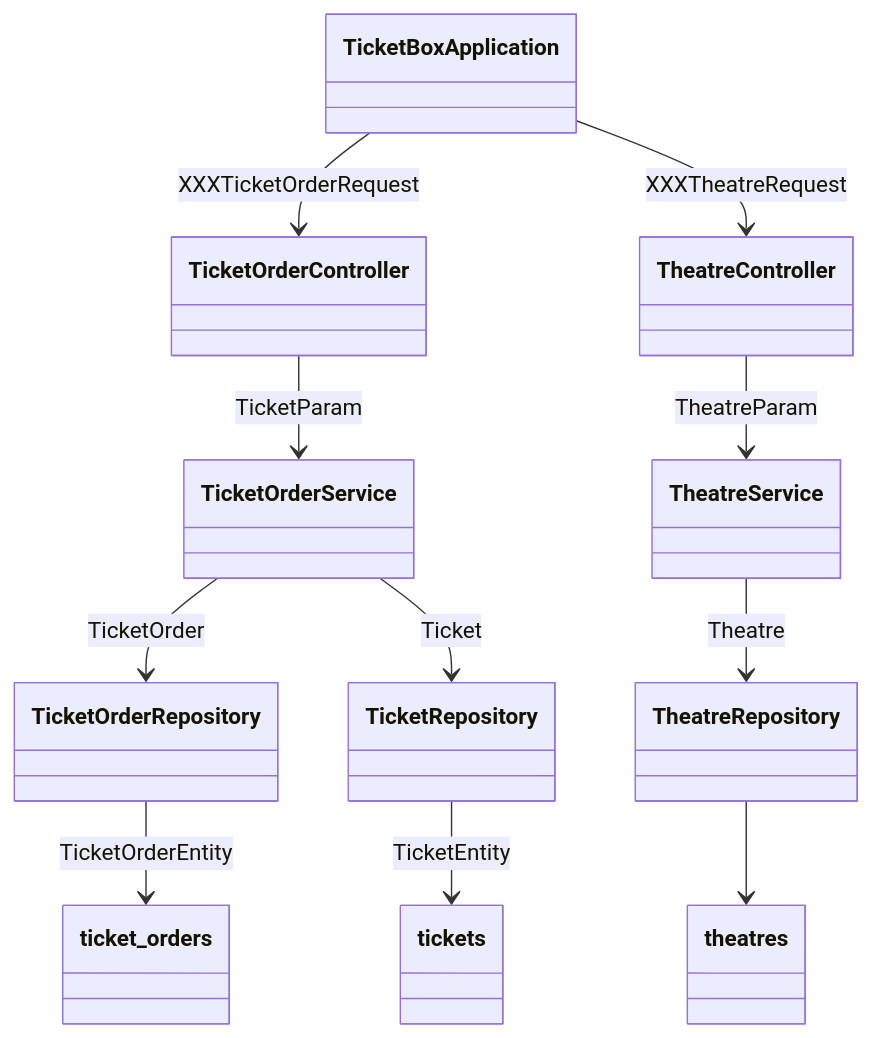
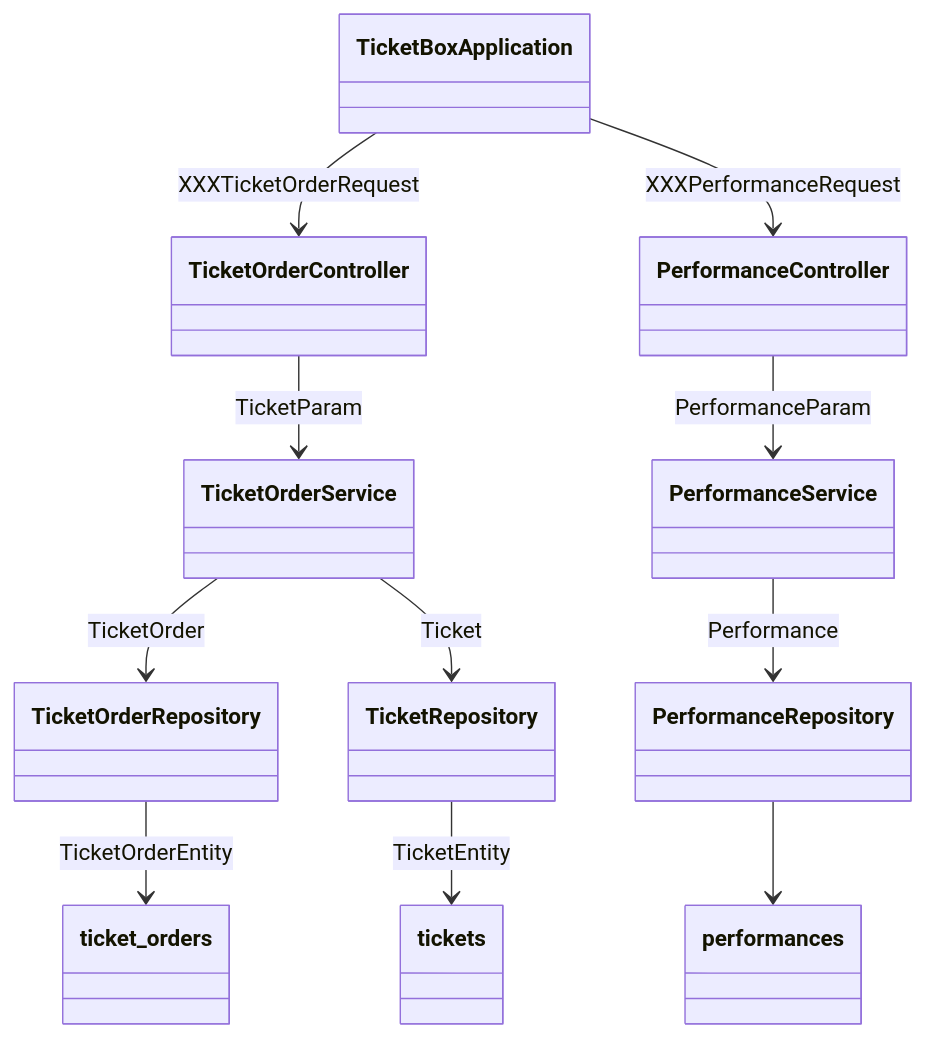
Before and after one commit to SY97P/Theatre_Manager_SpringBoot: the diagram in summary/class_diagram.mermaid, drawn with Mermaid. The commit also changed 120 other files, not shown here.

```diff
--- a/summary/class_diagram.mermaid
+++ b/summary/class_diagram.mermaid
@@ -1,30 +1,30 @@
 classDiagram
 
     %% application
     class TicketBoxApplication
     TicketBoxApplication --> TicketOrderController : XXXTicketOrderRequest
-    TicketBoxApplication --> TheatreController : XXXTheatreRequest
+    TicketBoxApplication --> PerformanceController : XXXPerformanceRequest
 
     %% controller
     class TicketOrderController
     TicketOrderController --> TicketOrderService : TicketParam
 
-    class TheatreController
-    TheatreController --> TheatreService : TheatreParam
+    class PerformanceController
+    PerformanceController --> PerformanceService : PerformanceParam
 
     class TicketOrderService
     TicketOrderService --> TicketOrderRepository : TicketOrder
     TicketOrderService --> TicketRepository : Ticket
 
-    class TheatreService
-    TheatreService --> TheatreRepository : Theatre
+    class PerformanceService
+    PerformanceService --> PerformanceRepository : Performance
 
     %% persistence
     class TicketRepository
     TicketRepository --> tickets : TicketEntity
 
     class TicketOrderRepository
     TicketOrderRepository --> ticket_orders : TicketOrderEntity
 
-    class TheatreRepository
-    TheatreRepository --> theatres
+    class PerformanceRepository
+    PerformanceRepository --> performances
```
